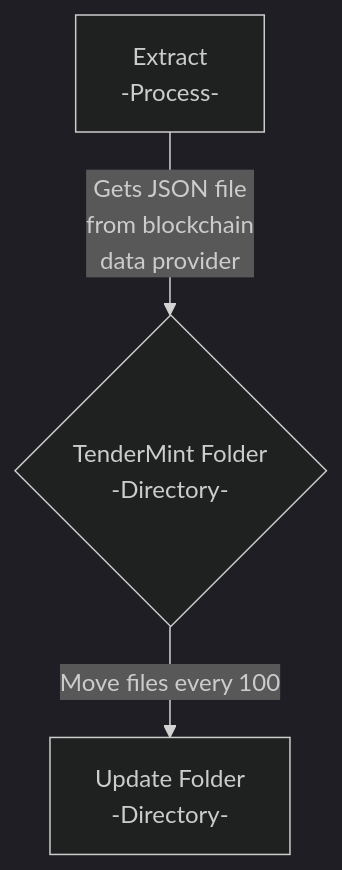
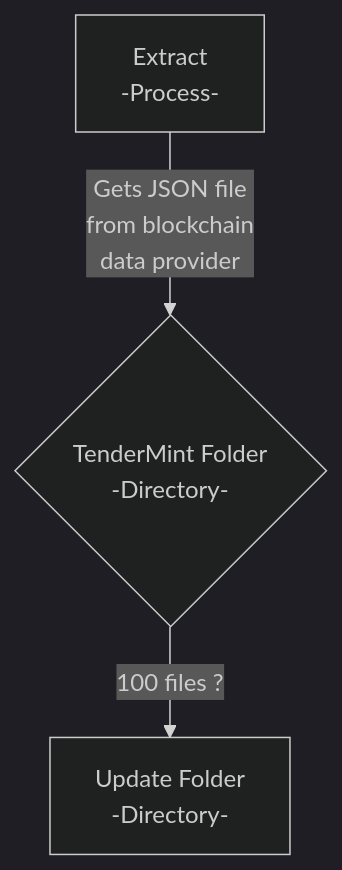
The diagram in README.md (patmcfarland/one), drawn with Mermaid (dark theme) before and after one commit.

````diff
--- a/README.md
+++ b/README.md
@@ -1,7 +1,7 @@
 ```mermaid
 flowchart TD
 A[Extract<br>-Process-]
 A -- Gets JSON file<br>from blockchain<br>data provider --> B
 B{TenderMint Folder<br>-Directory-}
-B -- Move files every 100 --> C[Update Folder<br>-Directory-]
+B -- 100 files ? --> C[Update Folder<br>-Directory-]
 ```
````
